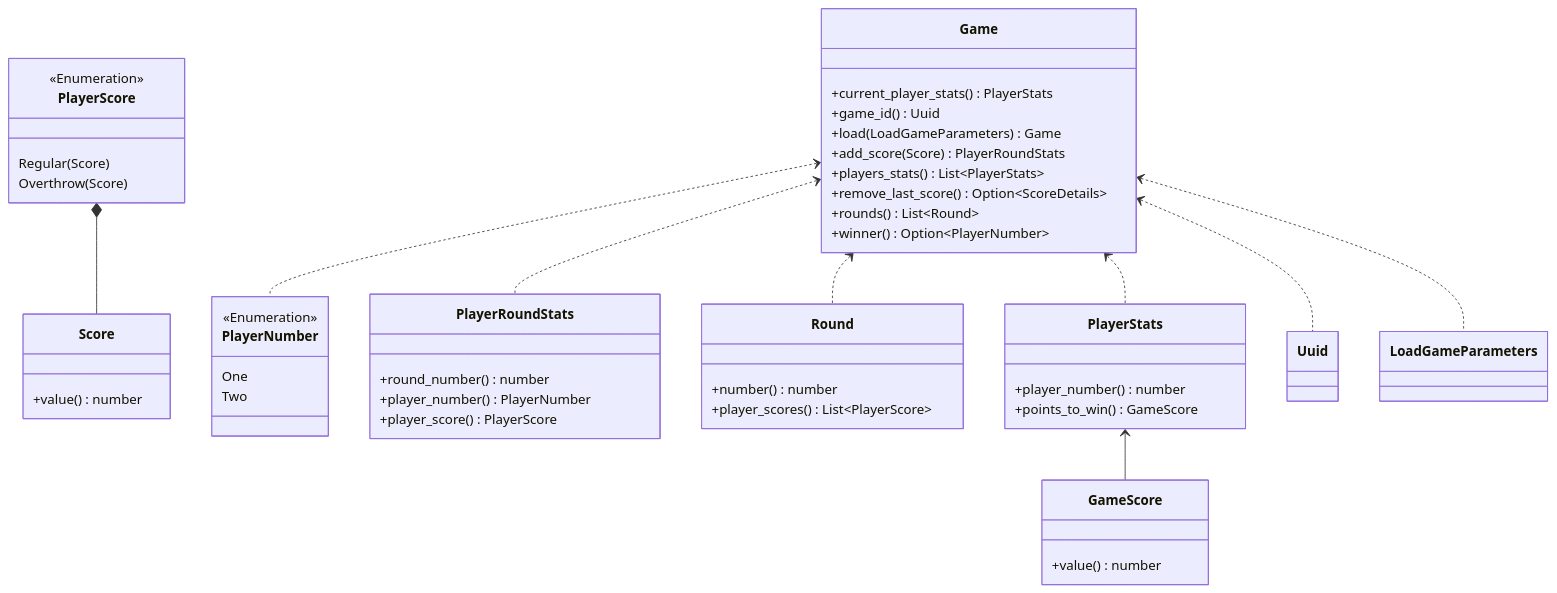
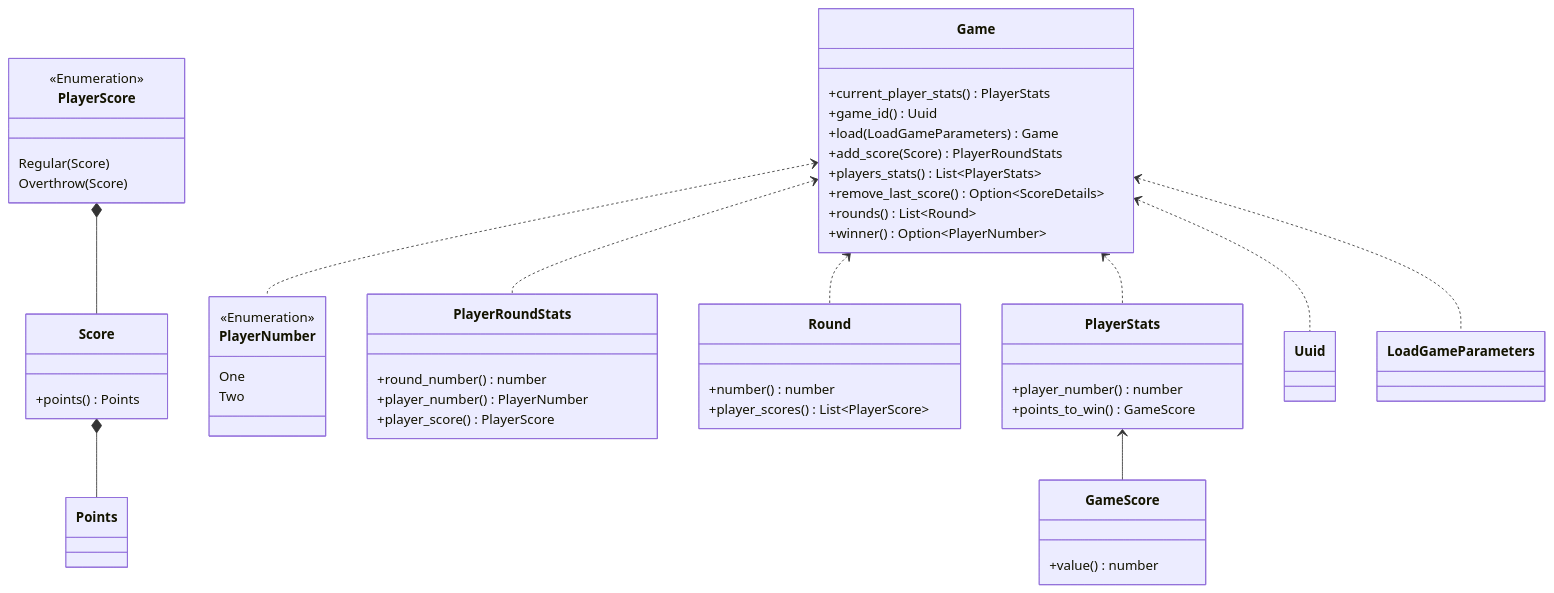
Before and after one commit to stsh89/darts: the diagram in documentation/src/class_diagram.md, drawn with Mermaid.

Commit message:
Update class diagram

````diff
--- a/documentation/src/class_diagram.md
+++ b/documentation/src/class_diagram.md
@@ -3,60 +3,65 @@
 ```mermaid
 classDiagram
+    class Points {
+
+    }
+
     class Score {
-        +value() number
+        +points() Points
     }
 
     class PlayerScore {
         <<Enumeration>>
 
         Regular(Score)
         Overthrow(Score)
     }
 
     class PlayerNumber {
         <<Enumeration>>
 
         One
         Two
     }
 
     class GameScore {
         +value() number
     }
 
     class PlayerRoundStats {
         +round_number() number
         +player_number() PlayerNumber
         +player_score() PlayerScore
     }
 
     class Round {
         +number() number
         +player_scores() List~PlayerScore~
     }
 
     class Game {
         +current_player_stats() PlayerStats
         +game_id() Uuid
         +load(LoadGameParameters) Game
         +add_score(Score) PlayerRoundStats
         +players_stats() List~PlayerStats~
         +remove_last_score() Option~ScoreDetails~
         +rounds() List~Round~
         +winner() Option~PlayerNumber~
     }
 
     class PlayerStats {
        +player_number() number
        +points_to_win() GameScore
     }
 
+    Score *-- Points
     PlayerScore *-- Score
     PlayerStats <-- GameScore
     Game <.. PlayerStats
     Game <.. Uuid
     Game <.. LoadGameParameters
     Game <.. PlayerRoundStats
     Game <.. Round
     Game <.. PlayerNumber
 ```
````
